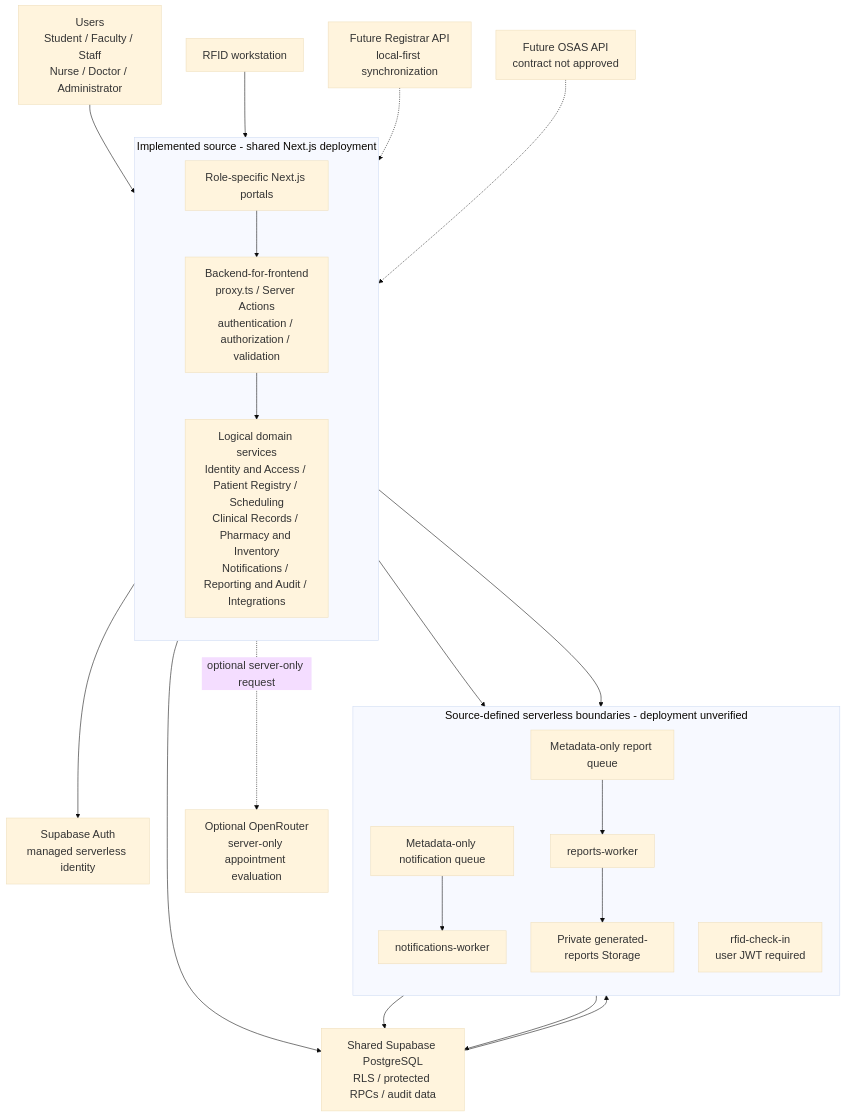
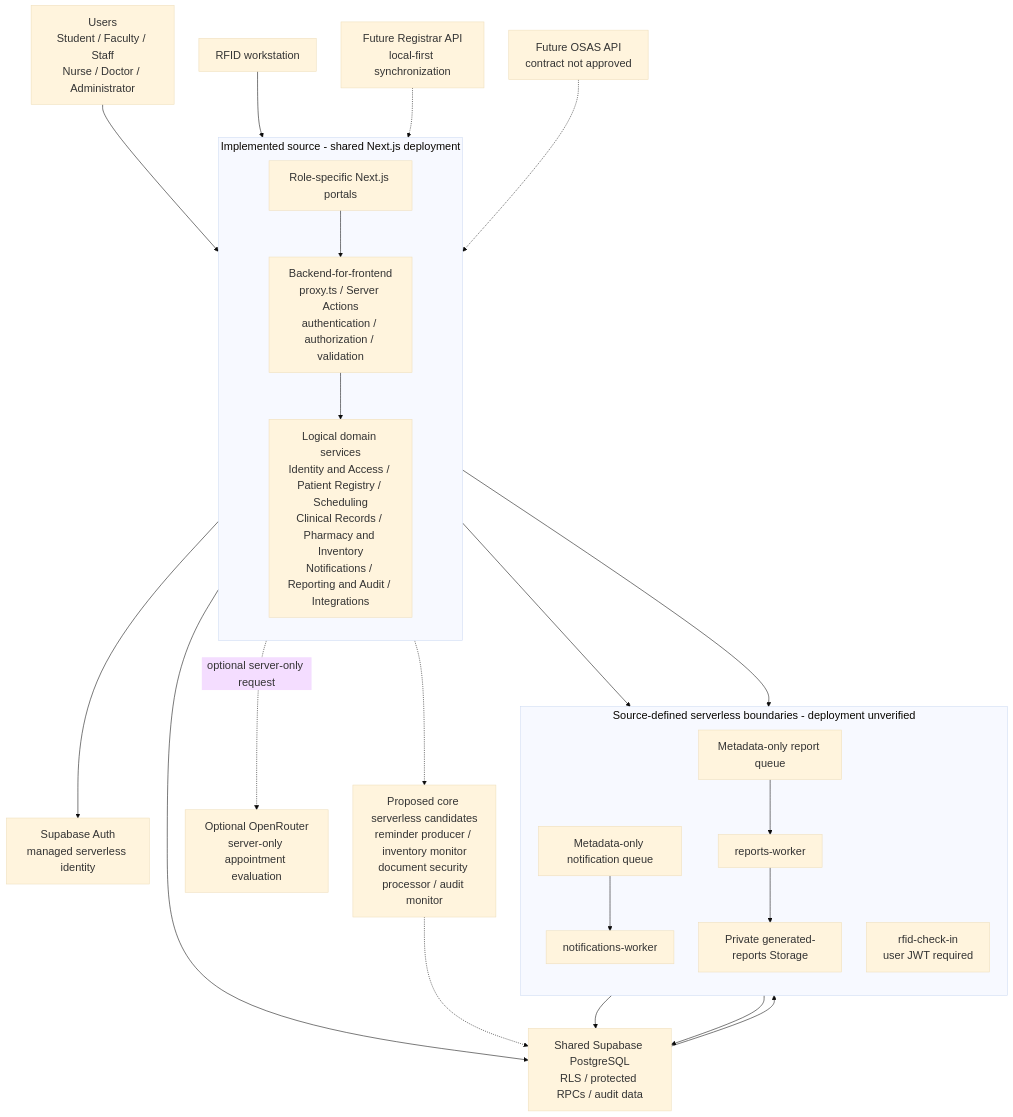
Before and after one commit to Tokise/Zentraq-backend: the tenth of 14 diagrams in docs/SOFTWARE_ARCHITECTURE_DOCUMENT.md, drawn with Mermaid. The commit also changed other lines of this file and 1 other file, not shown here.

````diff
--- a/docs/SOFTWARE_ARCHITECTURE_DOCUMENT.md
+++ b/docs/SOFTWARE_ARCHITECTURE_DOCUMENT.md
@@ -676,54 +676,57 @@
 ```mermaid
 ---
 config:
   theme: base
   themeVariables:
     fontSize: "20px"
   flowchart:
     nodeSpacing: 45
     rankSpacing: 60
 ---
 flowchart TB
     Users["Users<br/>Student / Faculty / Staff<br/>Nurse / Doctor / Administrator"]
     Scanner["RFID workstation"]
 
     subgraph Application["Implemented source - shared Next.js deployment"]
         direction TB
         Portals["Role-specific Next.js portals"]
         Boundary["Backend-for-frontend<br/>proxy.ts / Server Actions<br/>authentication / authorization / validation"]
         Domains["Logical domain services<br/>Identity and Access / Patient Registry / Scheduling<br/>Clinical Records / Pharmacy and Inventory<br/>Notifications / Reporting and Audit / Integrations"]
         Portals --> Boundary --> Domains
     end
 
     Auth["Supabase Auth<br/>managed serverless identity"]
     Database["Shared Supabase PostgreSQL<br/>RLS / protected RPCs / audit data"]
 
     subgraph Focused["Source-defined serverless boundaries - deployment unverified"]
         direction TB
         NotificationQueue["Metadata-only notification queue"]
         NotificationWorker["notifications-worker"]
         ReportQueue["Metadata-only report queue"]
         ReportWorker["reports-worker"]
         ReportStorage["Private generated-reports Storage"]
         RfidWorker["rfid-check-in<br/>user JWT required"]
 
         NotificationQueue --> NotificationWorker
         ReportQueue --> ReportWorker --> ReportStorage
     end
 
     OpenRouter["Optional OpenRouter<br/>server-only appointment evaluation"]
+    Candidates["Proposed core serverless candidates<br/>reminder producer / inventory monitor<br/>document security processor / audit monitor"]
     Registrar["Future Registrar API<br/>local-first synchronization"]
     OSAS["Future OSAS API<br/>contract not approved"]
 
     Users --> Portals
     Scanner --> Boundary
     Boundary --> Auth
     Domains --> Database
     Database --> NotificationQueue
     NotificationWorker --> Database
     Domains --> ReportQueue
     Boundary --> RfidWorker --> Database
     Domains -.->|optional server-only request| OpenRouter
+    Domains -.-> Candidates
+    Candidates -.-> Database
     Registrar -.-> Domains
     OSAS -.-> Domains
 ```
````
